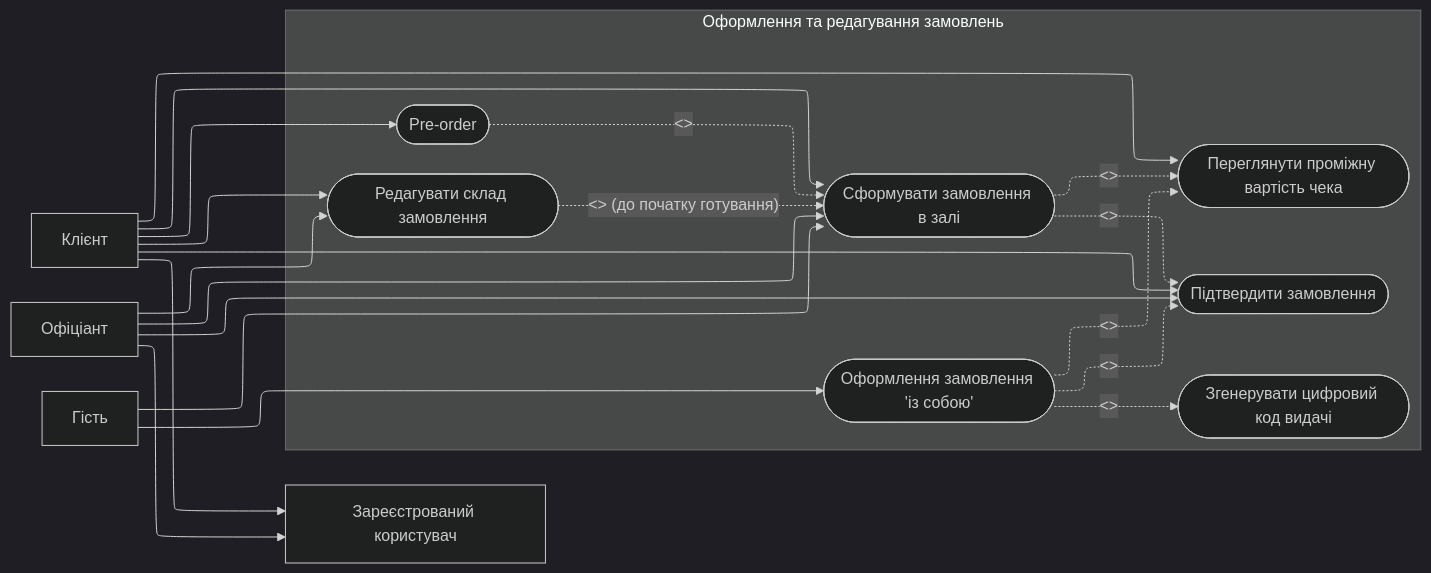
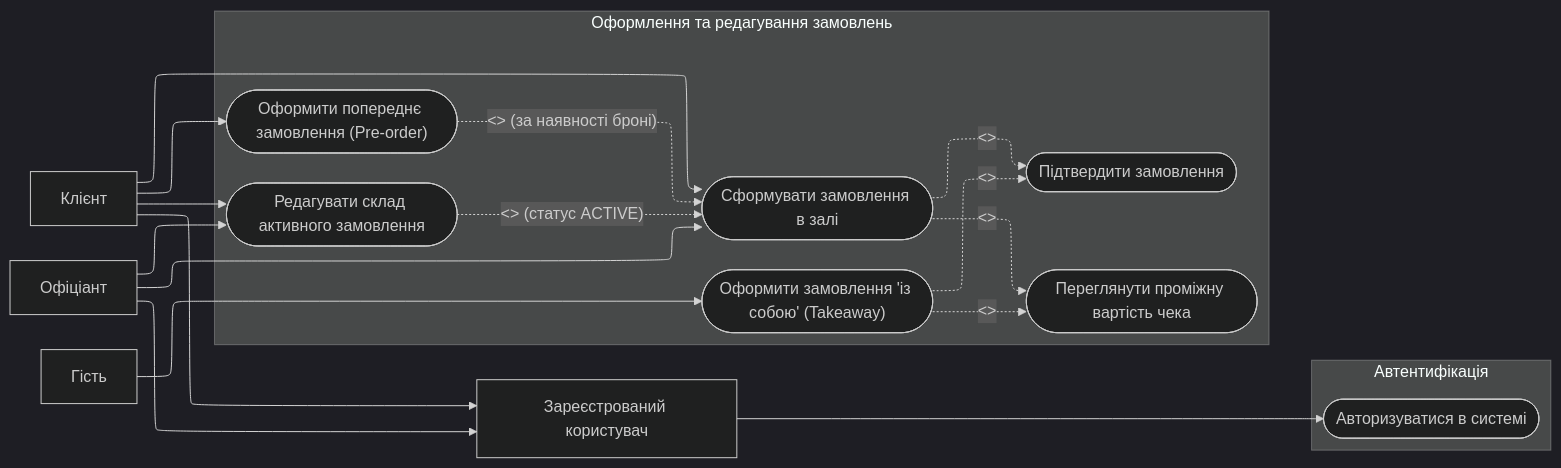
Before and after one commit to cyjiky/TableFlow: the diagram in Labs/Lab2/models/orders_operations.mmd, drawn with Mermaid (dark theme). The commit also changed 27 other files, not shown here.

```diff
--- a/Labs/Lab2/models/orders_operations.mmd
+++ b/Labs/Lab2/models/orders_operations.mmd
@@ -1,51 +1,51 @@
 ---
 config:
     layout: elk
 ---
 flowchart LR
     %% Актори
     User["Зареєстрований користувач"]
     Client["Клієнт"]
     Waiter["Офіціант"]
     Guest["Гість"]
 
     %% Узагальнення акторів
     Client --> User
     Waiter --> User
 
-    subgraph System ["Оформлення та редагування замовлень"]
+    subgraph Auth ["Автентифікація"]
+      UC0(["Авторизуватися в системі"])
+    end
+
+    subgraph System2 ["Оформлення та редагування замовлень"]
       UC2_1(["Сформувати замовлення в залі"])
       UC2_2(["Переглянути проміжну вартість чека"])
-      UC2_3(["Редагувати склад замовлення"])
-      UC2_4(["Pre-order"])
-      UC2_5(["Оформлення замовлення 'із собою'"])
+      UC2_3(["Редагувати склад активного замовлення"])
+      UC2_4(["Оформити попереднє замовлення (Pre-order)"])
+      UC2_5(["Оформити замовлення 'із собою' (Takeaway)"])
       UC2_6(["Підтвердити замовлення"])
-      UC2_7(["Згенерувати цифровий код видачі"])
     end
+
+    %% Загальний прецедент зареєстрованого користувача
+    User --> UC0
 
     %% Зв'язки акторів з прецедентами
     Client --> UC2_1
-    Client --> UC2_2
     Client --> UC2_3
     Client --> UC2_4
-    Client --> UC2_6
 
     Waiter --> UC2_1
     Waiter --> UC2_3
-    Waiter --> UC2_6
-    
-    Guest --> UC2_1
 
     Guest --> UC2_5
 
     %% Include зв'язки
     UC2_1 -.->|"<<include>>"| UC2_2
     UC2_1 -.->|"<<include>>"| UC2_6
 
     UC2_5 -.->|"<<include>>"| UC2_2
     UC2_5 -.->|"<<include>>"| UC2_6
-    UC2_5 -.->|"<<include>>"| UC2_7
 
     %% Extend зв'язки
-    UC2_4 -.->|"<<extend>>"| UC2_1
-    UC2_3 -.->|"<<extend>> (до початку готування)"| UC2_1
+    UC2_4 -.->|"<<extend>> (за наявності броні)"| UC2_1
+    UC2_3 -.->|"<<extend>> (статус ACTIVE)"| UC2_1
```
